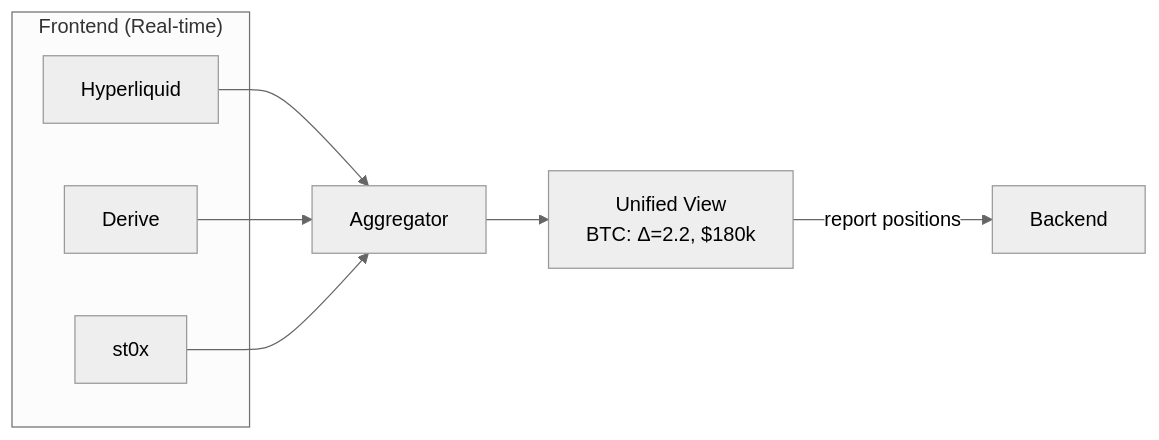
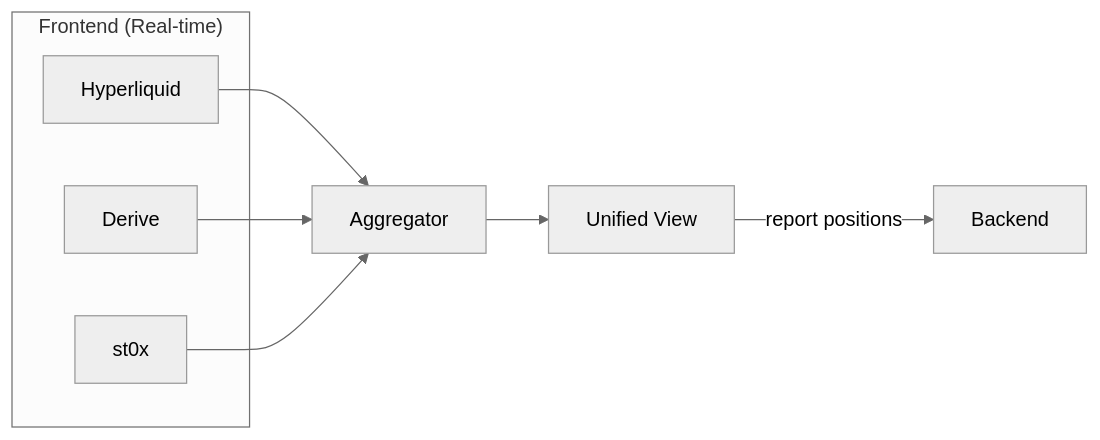
Diagram 13 of 17 in SPEC.md (dataclique/moneymentum), drawn with Mermaid (neutral theme) before and after one commit. The commit also changed other lines of this file, not shown here.

````diff
--- a/SPEC.md
+++ b/SPEC.md
@@ -791,17 +807,17 @@
 ```mermaid
 flowchart LR
     subgraph Frontend["Frontend (Real-time)"]
         FE_HL[Hyperliquid]
         FE_DRV[Derive]
         FE_ST[st0x]
     end
 
     AGG[Aggregator]
-    UV[Unified View<br/>BTC: Δ=2.2, $180k]
+    UV[Unified View]
 
     FE_HL --> AGG
     FE_DRV --> AGG
     FE_ST --> AGG
     AGG --> UV
     UV -->|report positions| Backend
 ```
````
